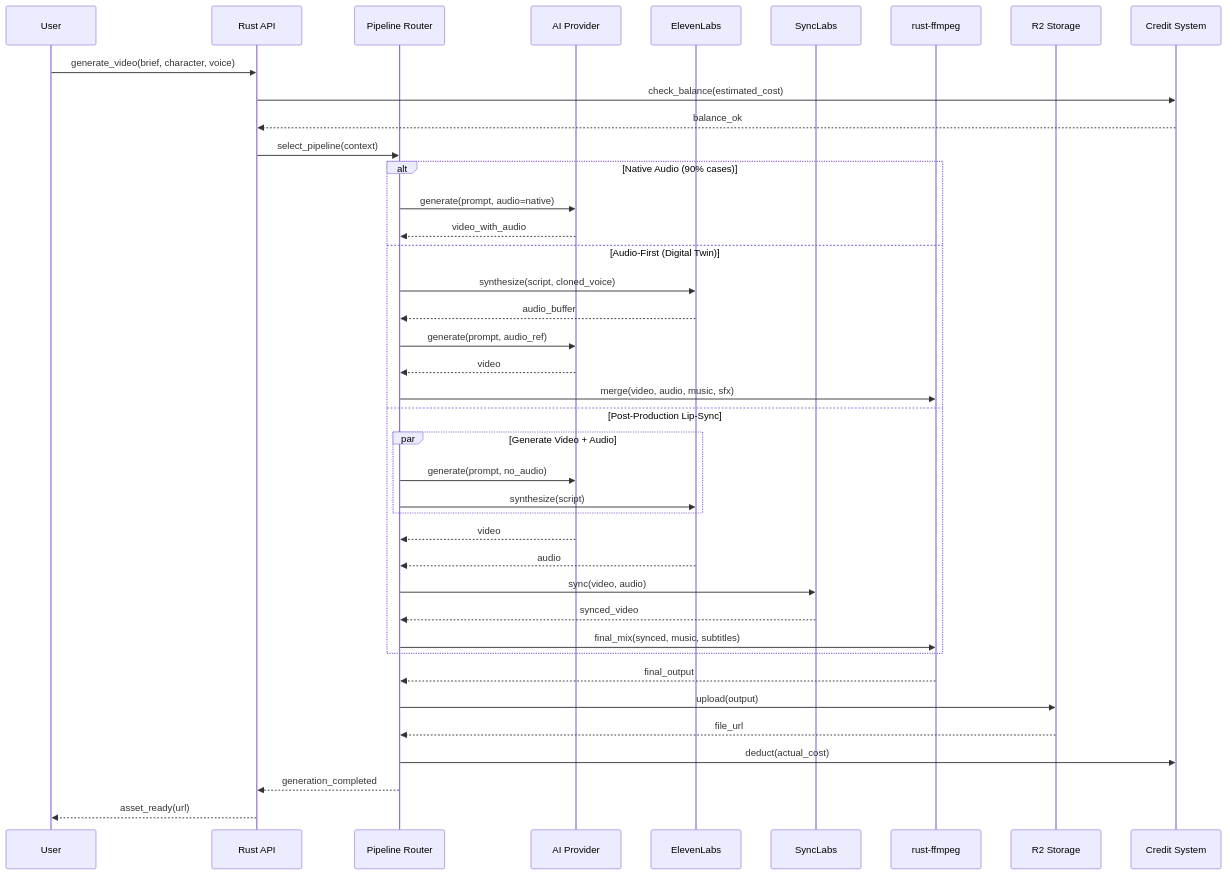
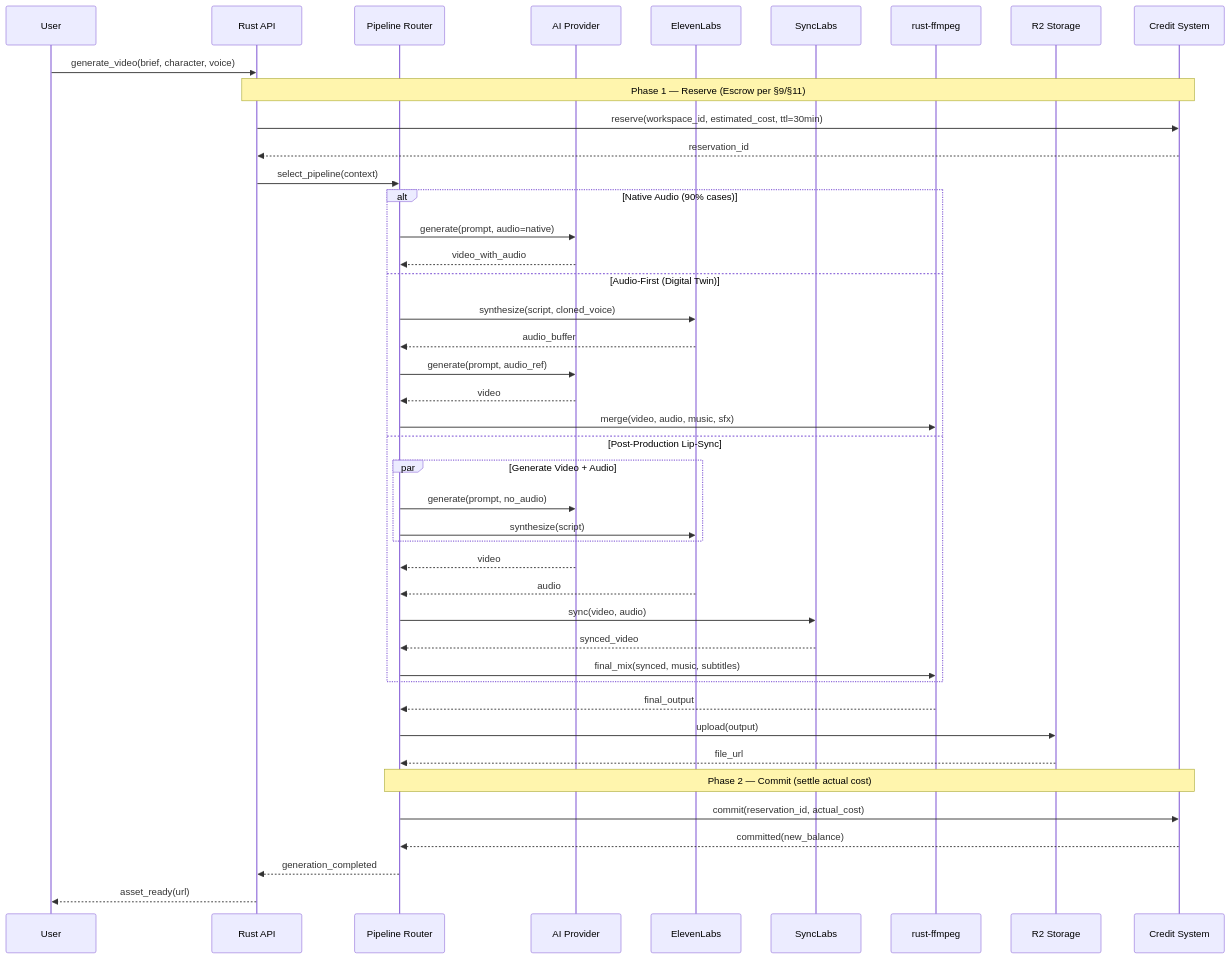
One commit to quantm-zeus/creativanta changed the second of 13 diagrams in docs/05_system/sequence_diagrams.md. Above: the diagram before and after it, drawn with Mermaid. The commit also changed other lines of this file and 26 other files, not shown here.

````diff
--- a/docs/05_system/sequence_diagrams.md
+++ b/docs/05_system/sequence_diagrams.md
@@ -78,45 +78,48 @@
 ```mermaid
 sequenceDiagram
     participant User
     participant API as Rust API
     participant Router as Pipeline Router
     participant Provider as AI Provider
     participant TTS as ElevenLabs
     participant LipSync as SyncLabs
     participant FFmpeg as rust-ffmpeg
     participant Storage as R2 Storage
     participant Credits as Credit System
 
     User->>API: generate_video(brief, character, voice)
-    API->>Credits: check_balance(estimated_cost)
-    Credits-->>API: balance_ok
+    Note over API,Credits: Phase 1 — Reserve (Escrow per §9/§11)
+    API->>Credits: reserve(workspace_id, estimated_cost, ttl=30min)
+    Credits-->>API: reservation_id
     API->>Router: select_pipeline(context)
     
     alt Native Audio (90% cases)
         Router->>Provider: generate(prompt, audio=native)
         Provider-->>Router: video_with_audio
     else Audio-First (Digital Twin)
         Router->>TTS: synthesize(script, cloned_voice)
         TTS-->>Router: audio_buffer
         Router->>Provider: generate(prompt, audio_ref)
         Provider-->>Router: video
         Router->>FFmpeg: merge(video, audio, music, sfx)
     else Post-Production Lip-Sync
         par Generate Video + Audio
             Router->>Provider: generate(prompt, no_audio)
             Router->>TTS: synthesize(script)
         end
         Provider-->>Router: video
         TTS-->>Router: audio
         Router->>LipSync: sync(video, audio)
         LipSync-->>Router: synced_video
         Router->>FFmpeg: final_mix(synced, music, subtitles)
     end
     
     FFmpeg-->>Router: final_output
     Router->>Storage: upload(output)
     Storage-->>Router: file_url
-    Router->>Credits: deduct(actual_cost)
+    Note over Router,Credits: Phase 2 — Commit (settle actual cost)
+    Router->>Credits: commit(reservation_id, actual_cost)
+    Credits-->>Router: committed(new_balance)
     Router-->>API: generation_completed
     API-->>User: asset_ready(url)
 ```
````
